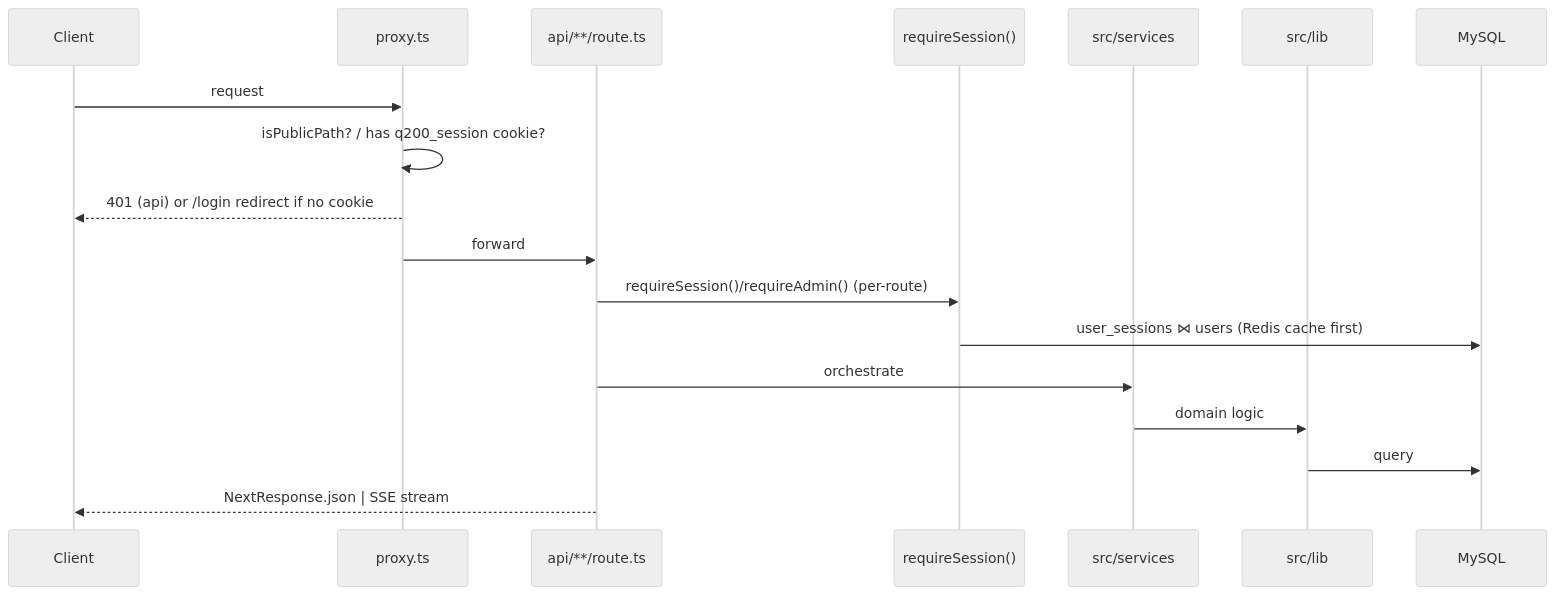
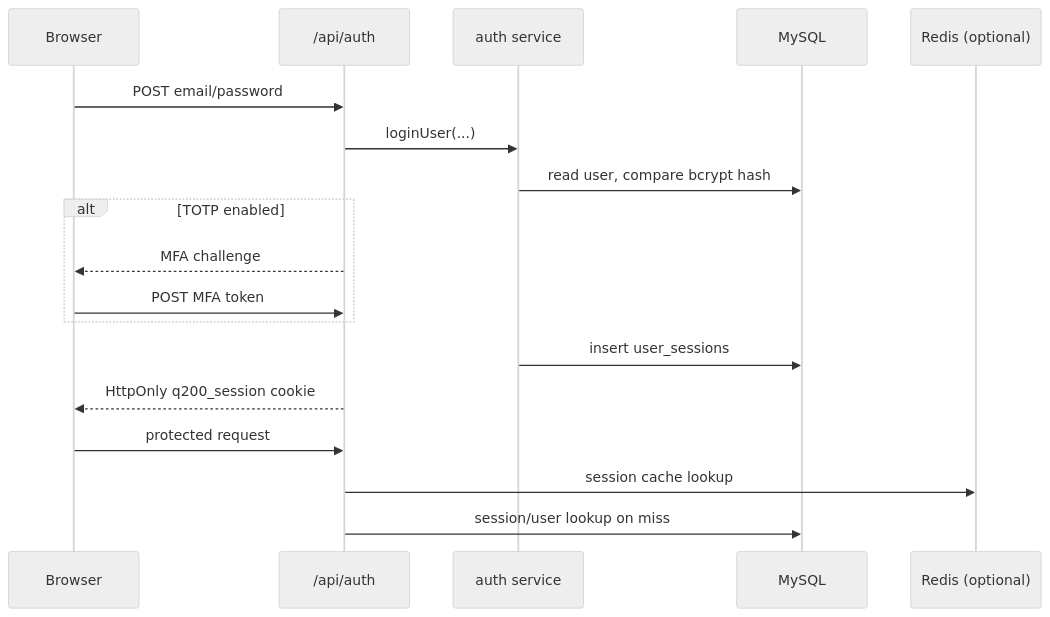
One commit to saurabhmani/api-update changed the second of 2 diagrams in ARCHITECTURE.md. Above: the diagram before and after it, drawn with Mermaid (neutral theme). The commit also changed other lines of this file and 6 other files, not shown here.

````diff
--- a/ARCHITECTURE.md
+++ b/ARCHITECTURE.md
@@ -251,20 +198,20 @@
 ```mermaid
 sequenceDiagram
-    participant Client
-    participant Proxy as proxy.ts
-    participant Route as api/**/route.ts
-    participant Guard as requireSession()
-    participant Svc as src/services
-    participant Lib as src/lib
-    participant DB as MySQL
-    Client->>Proxy: request
-    Proxy->>Proxy: isPublicPath? / has q200_session cookie?
-    Proxy-->>Client: 401 (api) or /login redirect if no cookie
-    Proxy->>Route: forward
-    Route->>Guard: requireSession()/requireAdmin() (per-route)
-    Guard->>DB: user_sessions ⋈ users (Redis cache first)
-    Route->>Svc: orchestrate
-    Svc->>Lib: domain logic
-    Lib->>DB: query
-    Route-->>Client: NextResponse.json | SSE stream
+  participant B as Browser
+  participant A as /api/auth
+  participant S as auth service
+  participant DB as MySQL
+  participant C as Redis (optional)
+  B->>A: POST email/password
+  A->>S: loginUser(...)
+  S->>DB: read user, compare bcrypt hash
+  alt TOTP enabled
+    A-->>B: MFA challenge
+    B->>A: POST MFA token
+  end
+  S->>DB: insert user_sessions
+  A-->>B: HttpOnly q200_session cookie
+  B->>A: protected request
+  A->>C: session cache lookup
+  A->>DB: session/user lookup on miss
 ```
````
